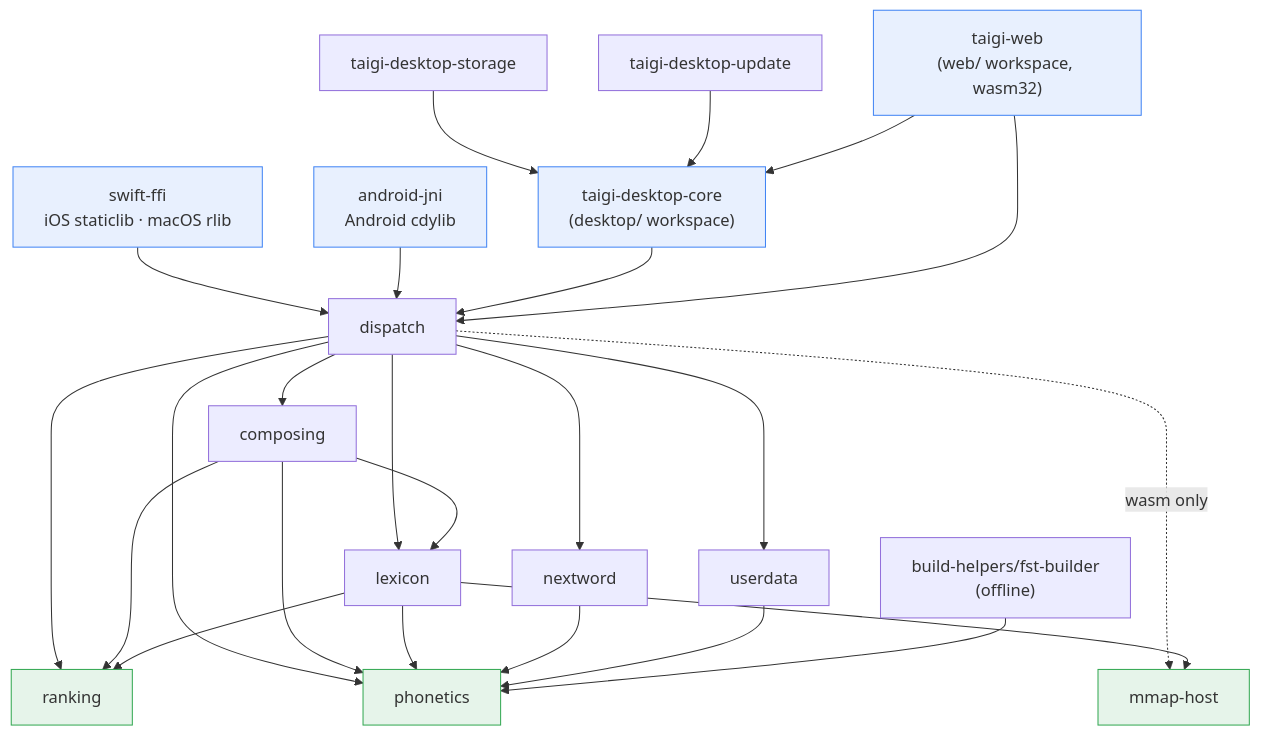
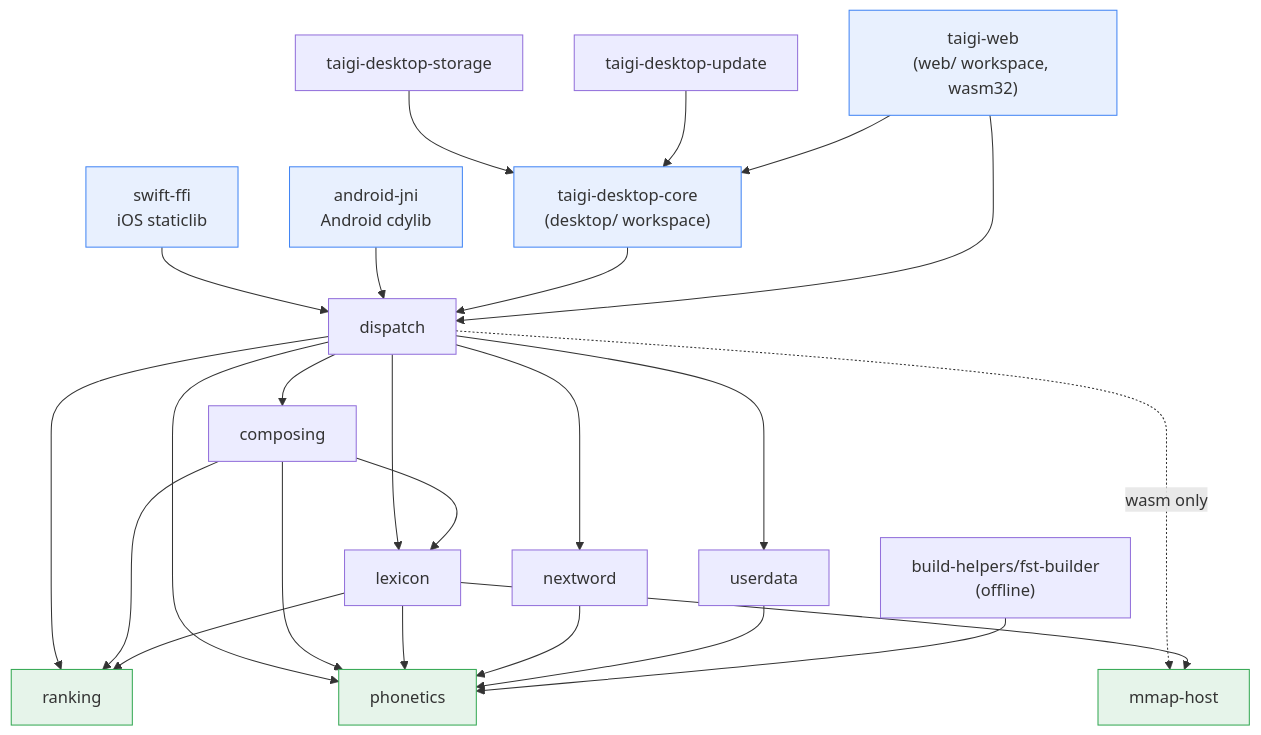
The second of 4 diagrams in docs/architecture/system-overview.md (taigikeyboard/taigikeyboard), drawn with Mermaid before and after one commit. The commit also changed other lines of this file and 11 other files, not shown here.

Commit message:
chore(ci,docs): update proto lint, test selector, workflows, and architecture docs

````diff
--- a/docs/architecture/system-overview.md
+++ b/docs/architecture/system-overview.md
@@ -87,31 +86,31 @@
 ```mermaid
 graph TD
-    swiftffi["swift-ffi<br/>iOS staticlib · macOS rlib"] --> dispatch
+    swiftffi["swift-ffi<br/>iOS staticlib"] --> dispatch
     androidjni["android-jni<br/>Android cdylib"] --> dispatch
     dcore["taigi-desktop-core<br/>(desktop/ workspace)"] --> dispatch
     dstorage["taigi-desktop-storage"] --> dcore
     dupdate["taigi-desktop-update"] --> dcore
     web["taigi-web<br/>(web/ workspace, wasm32)"] --> dcore
     web --> dispatch
     dispatch --> composing
     dispatch --> lexicon
     dispatch --> nextword
     dispatch --> ranking
     dispatch --> userdata
     dispatch --> phonetics
     dispatch -. wasm only .-> mmaphost
     composing --> lexicon
     composing --> ranking
     composing --> phonetics
     lexicon --> ranking
     lexicon --> phonetics
     lexicon --> mmaphost["mmap-host"]
     nextword --> phonetics
     userdata --> phonetics
     fstbuilder["build-helpers/fst-builder<br/>(offline)"] --> phonetics
 
     classDef adapter fill:#e8f0fe,stroke:#4285f4;
     classDef leaf fill:#e6f4ea,stroke:#34a853;
     class swiftffi,androidjni,dcore,web adapter;
     class phonetics,mmaphost,ranking leaf;
 ```
````
